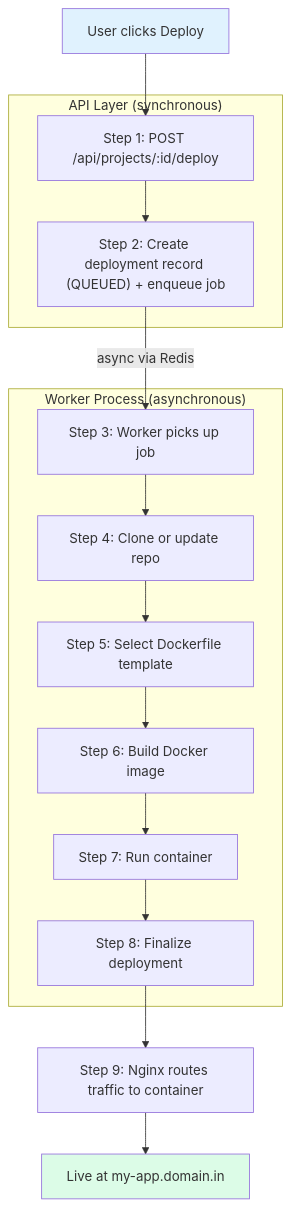
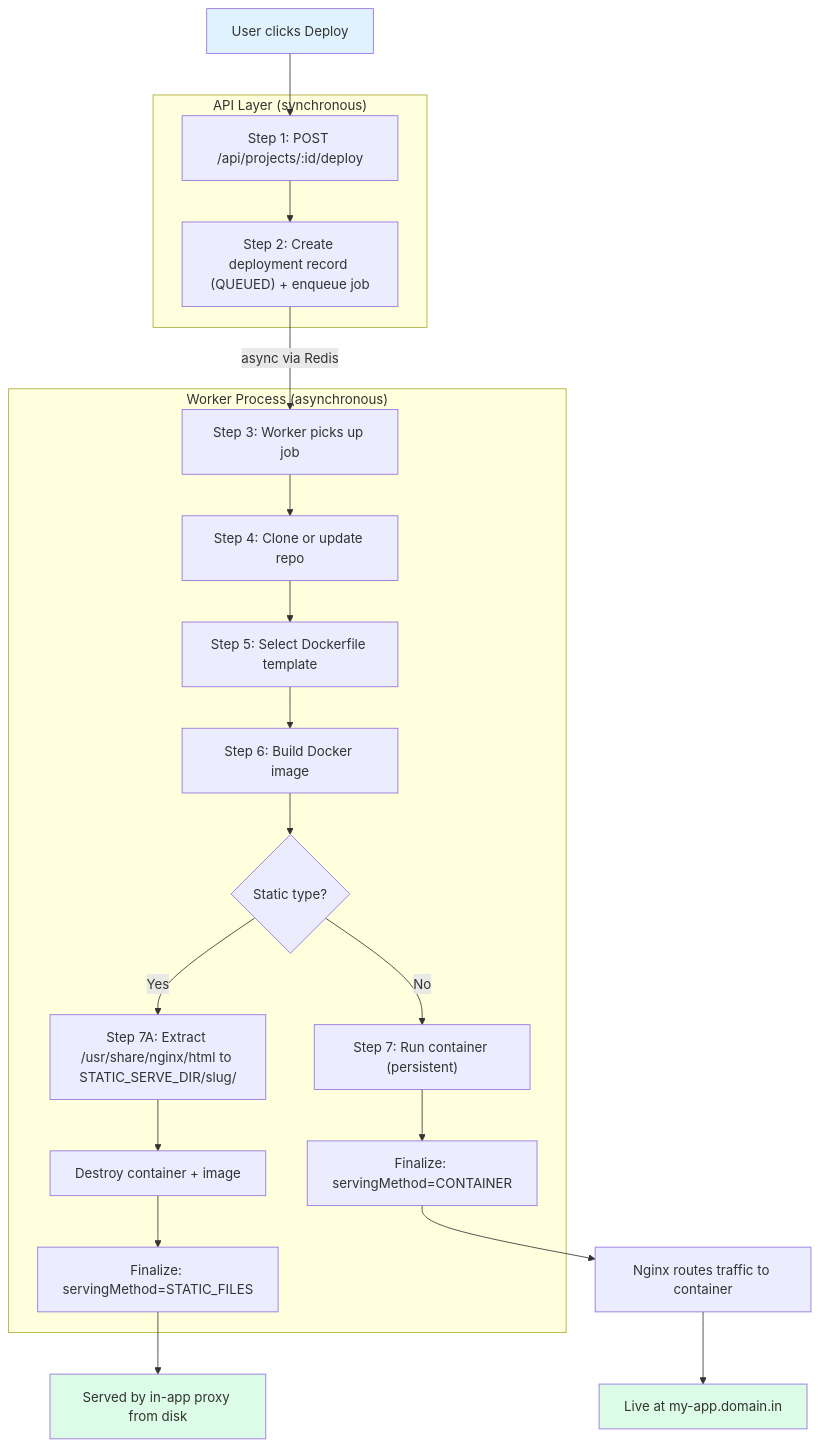
The sixth of 13 diagrams in docs/HOW-IT-WORKS.md (kpndevrootentri/dropdeploy), drawn with Mermaid before and after one commit. The commit also changed other lines of this file and 25 other files, not shown here.

````diff
--- a/docs/HOW-IT-WORKS.md
+++ b/docs/HOW-IT-WORKS.md
@@ -253,26 +255,32 @@
 ```mermaid
 flowchart TB
     T["User clicks Deploy"] --> S1
 
     subgraph API["API Layer (synchronous)"]
         S1["Step 1: POST /api/projects/:id/deploy"]
         S1 --> S2["Step 2: Create deployment record (QUEUED) + enqueue job"]
     end
 
     S2 -->|async via Redis| S3
 
     subgraph WK["Worker Process (asynchronous)"]
         S3["Step 3: Worker picks up job"]
         S3 --> S4["Step 4: Clone or update repo"]
         S4 --> S5["Step 5: Select Dockerfile template"]
         S5 --> S6["Step 6: Build Docker image"]
-        S6 --> S7["Step 7: Run container"]
-        S7 --> S8["Step 8: Finalize deployment"]
+        S6 --> BRANCH{Static type?}
+        BRANCH -->|Yes| S7A["Step 7A: Extract /usr/share/nginx/html to STATIC_SERVE_DIR/slug/"]
+        S7A --> S7B["Destroy container + image"]
+        S7B --> S8A["Finalize: servingMethod=STATIC_FILES"]
+        BRANCH -->|No| S7["Step 7: Run container (persistent)"]
+        S7 --> S8["Finalize: servingMethod=CONTAINER"]
     end
 
-    S8 --> S9["Step 9: Nginx routes traffic to container"]
+    S8A --> LIVE_S["Served by in-app proxy from disk"]
+    S8 --> S9["Nginx routes traffic to container"]
     S9 --> LIVE["Live at my-app.domain.in"]
 
     style T fill:#e0f2fe
     style LIVE fill:#dcfce7
+    style LIVE_S fill:#dcfce7
 ```
````
